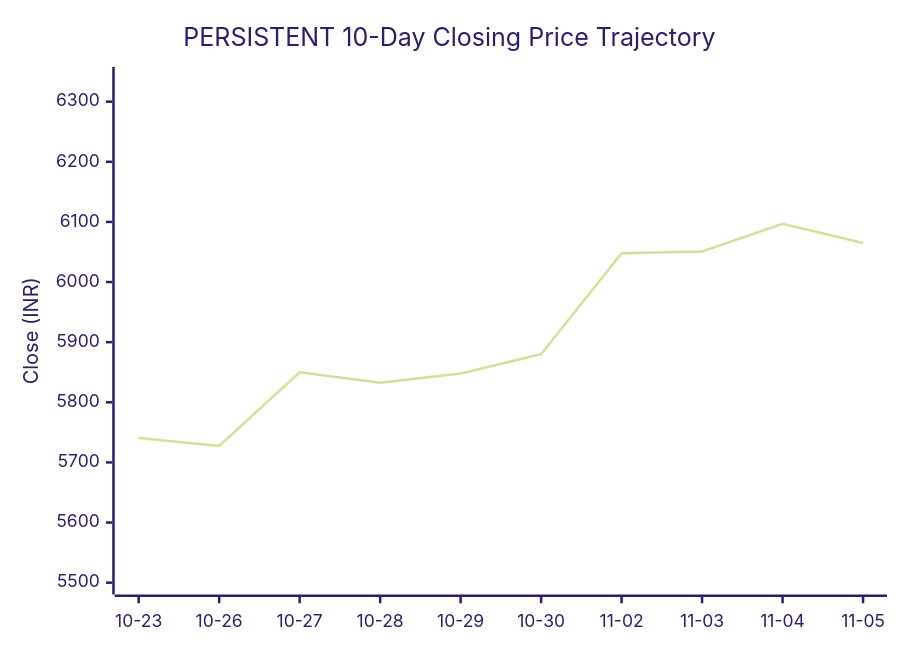
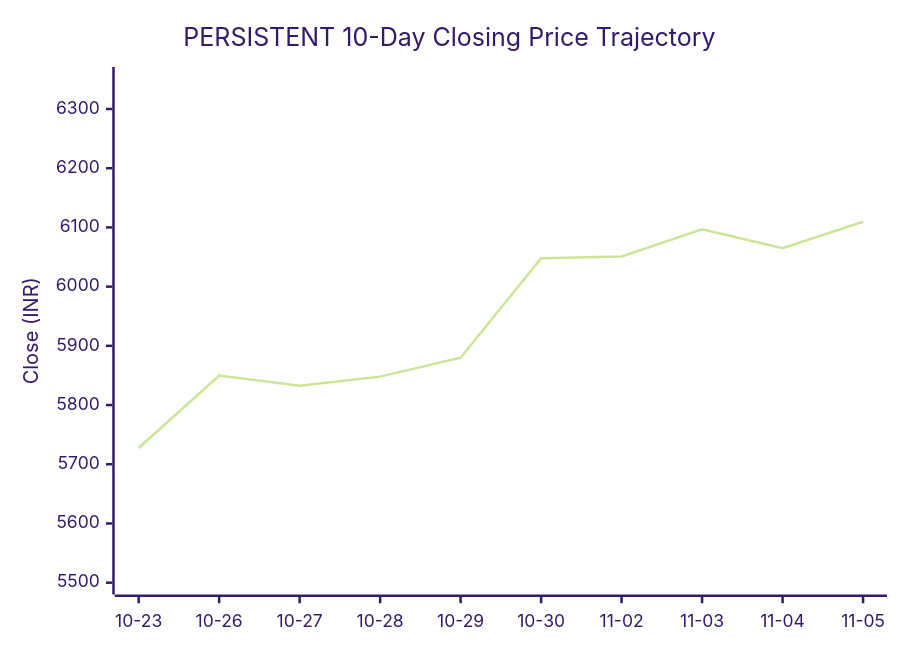
One commit to purnareddy9/dev changed the second of 3 diagrams in market-intelligence/stocks/PERSISTENT/latest.md. Above: the diagram before and after it, drawn with Mermaid (forest theme). The commit also changed other lines of this file and 3 other files, not shown here.

````diff
--- a/market-intelligence/stocks/PERSISTENT/latest.md
+++ b/market-intelligence/stocks/PERSISTENT/latest.md
@@ -65,7 +65,7 @@
 ```mermaid
 xychart-beta
     title "PERSISTENT 10-Day Closing Price Trajectory"
     x-axis ["10-23", "10-26", "10-27", "10-28", "10-29", "10-30", "11-02", "11-03", "11-04", "11-05"]
-    y-axis "Close (INR)" 5498 --> 6340
-    line [5740.5, 5727.5, 5850.0, 5832.5, 5848.0, 5880.0, 6048.0, 6051.0, 6097.0, 6065.0]
+    y-axis "Close (INR)" 5498 --> 6353
+    line [5727.5, 5850.0, 5832.5, 5848.0, 5880.0, 6048.0, 6051.0, 6097.0, 6065.0, 6109.5]
 ```
````
